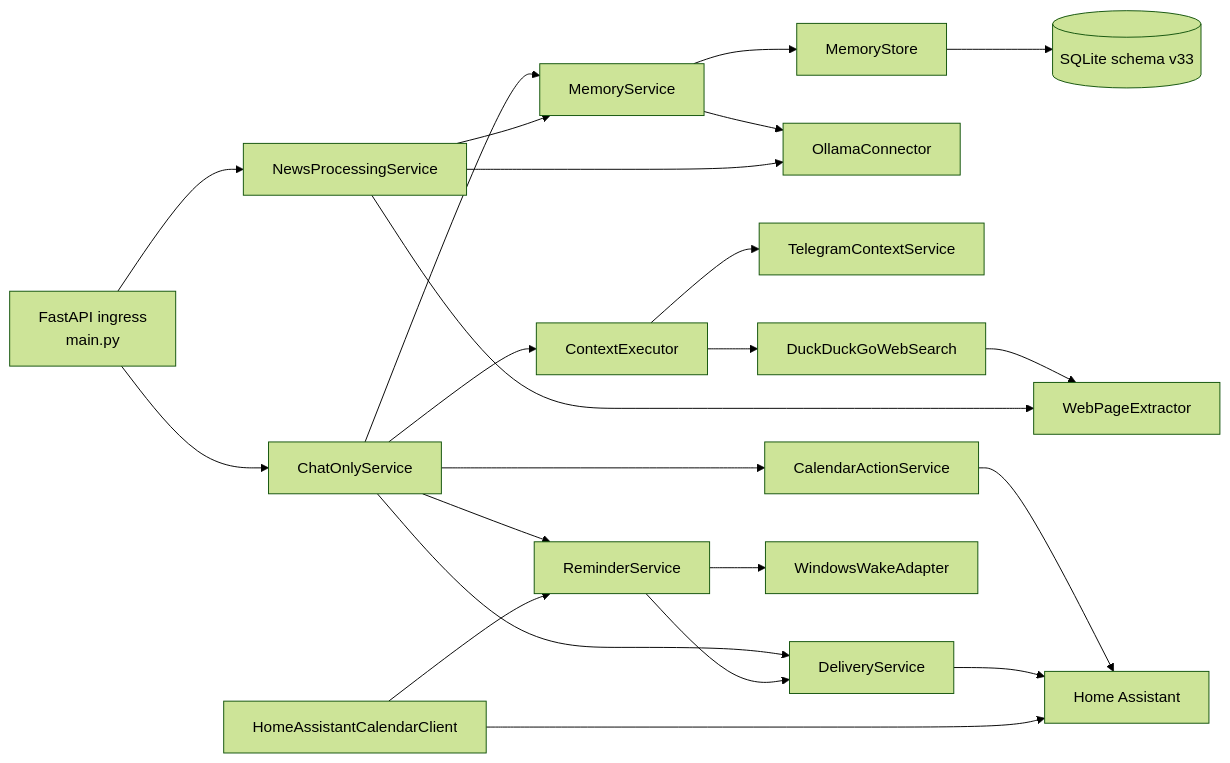
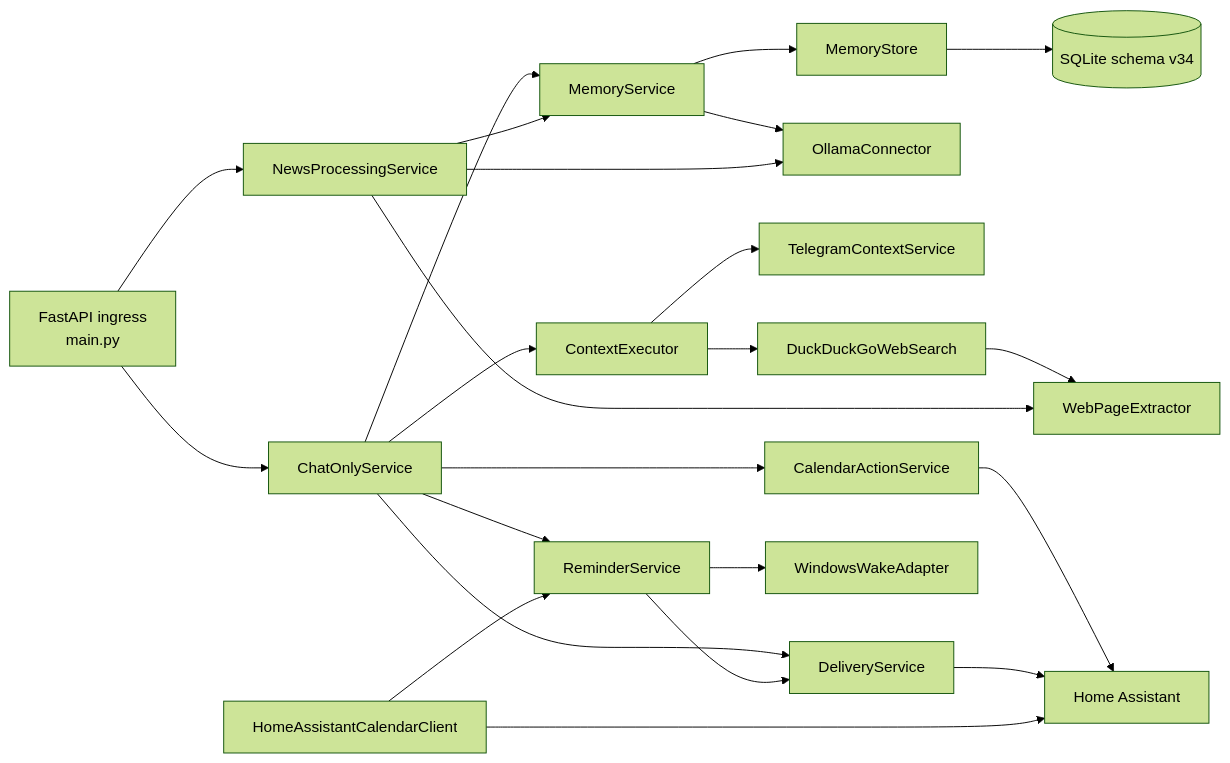
The first of 2 diagrams in docs/ARCHITECTURE.md (stanitski/Lumen), drawn with Mermaid (forest theme) before and after one commit. The commit also changed other lines of this file and 30 other files, not shown here.

````diff
--- a/docs/ARCHITECTURE.md
+++ b/docs/ARCHITECTURE.md
@@ -12,25 +12,25 @@
 ```mermaid
 flowchart LR
     I["FastAPI ingress<br/>main.py"] --> C["ChatOnlyService"]
     C --> M["MemoryService"]
     M --> S["MemoryStore"]
-    S --> DB[("SQLite schema v33")]
+    S --> DB[("SQLite schema v34")]
     M --> O["OllamaConnector"]
     C --> X["ContextExecutor"]
     X --> T["TelegramContextService"]
     X --> W["DuckDuckGoWebSearch"]
     W --> E["WebPageExtractor"]
     I --> N["NewsProcessingService"]
     N --> E
     N --> M
     N --> O
     C --> R["ReminderService"]
     C --> A["CalendarActionService"]
     C --> D["DeliveryService"]
     A --> HA["Home Assistant"]
     D --> HA
     HC["HomeAssistantCalendarClient"] --> HA
     HC --> R
     R --> D
     R --> WT["WindowsWakeAdapter"]
 ```
````
